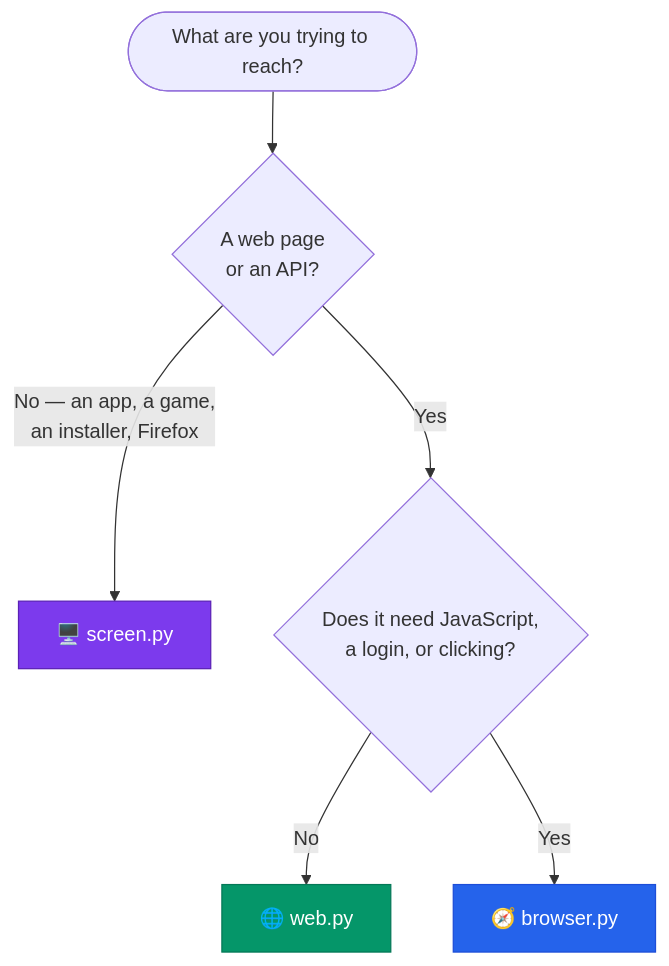
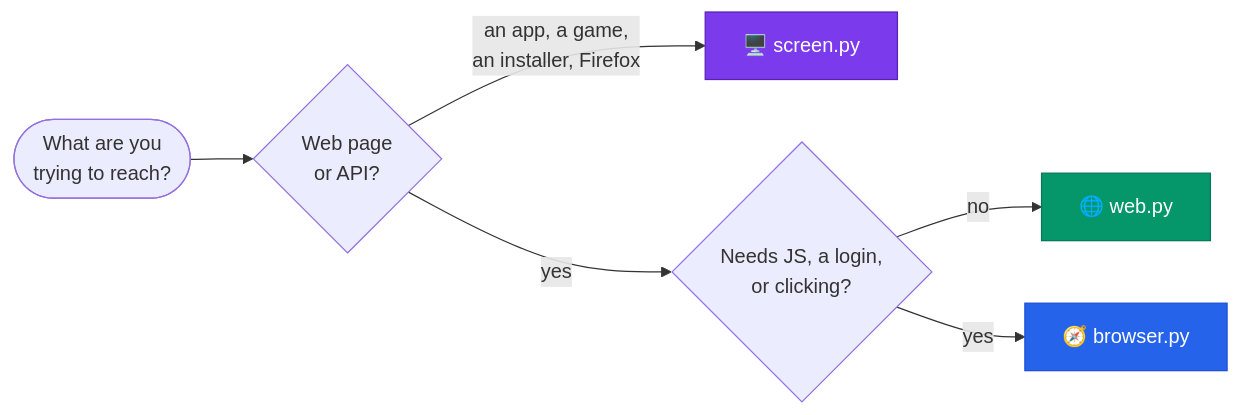
Before and after one commit to Unity-Lab-AI/tools: the diagram in README.md, drawn with Mermaid. The commit also changed other lines of this file and 1 other file, not shown here.

First line of the commit message:
Fix README layout overflow and chart proportions

````diff
--- a/README.md
+++ b/README.md
@@ -97,12 +65,12 @@
 ```mermaid
-flowchart TD
-    A([What are you trying to reach?]) --> B{A web page<br/>or an API?}
-    B -->|No — an app, a game,<br/>an installer, Firefox| D[🖥️ screen.py]
-    B -->|Yes| C{Does it need JavaScript,<br/>a login, or clicking?}
-    C -->|No| E[🌐 web.py]
-    C -->|Yes| F[🧭 browser.py]
+flowchart LR
+    A([What are you<br/>trying to reach?]) --> B{Web page<br/>or API?}
+    B -->|an app, a game,<br/>an installer, Firefox| D["🖥️ screen.py"]
+    B -->|yes| C{Needs JS, a login,<br/>or clicking?}
+    C -->|no| E["🌐 web.py"]
+    C -->|yes| F["🧭 browser.py"]
 
     style D fill:#7c3aed,stroke:#5b21b6,color:#fff
     style E fill:#059669,stroke:#047857,color:#fff
     style F fill:#2563eb,stroke:#1d4ed8,color:#fff
 ```
````
